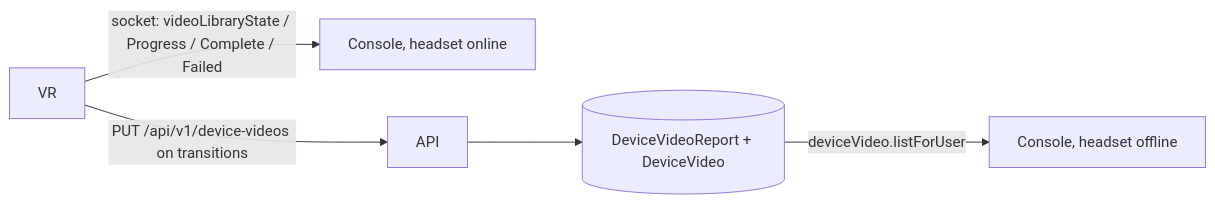
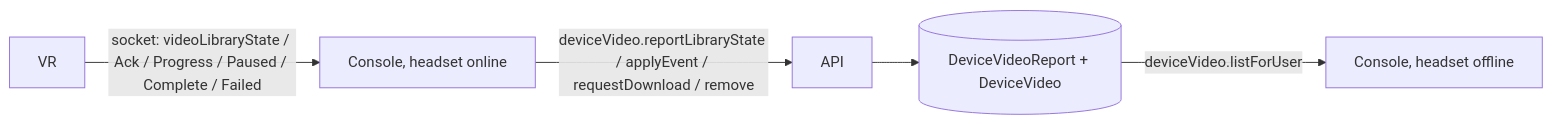
Before and after one commit to Steliospne/virtality-platform: the sixth of 6 diagrams in docs/architecture/immersive-video-lifecycle.md, drawn with Mermaid. The commit also changed other lines of this file and 23 other files, not shown here.

````diff
--- a/docs/architecture/immersive-video-lifecycle.md
+++ b/docs/architecture/immersive-video-lifecycle.md
@@ -211,7 +211,7 @@
 ```mermaid
 flowchart LR
-    VR -- socket: videoLibraryState / Progress / Complete / Failed --> Console[Console, headset online]
-    VR -- PUT /api/v1/device-videos on transitions --> API
+    VR -- socket: videoLibraryState / Ack / Progress / Paused / Complete / Failed --> Console[Console, headset online]
+    Console -- deviceVideo.reportLibraryState / applyEvent / requestDownload / remove --> API
     API --> DB[(DeviceVideoReport + DeviceVideo)]
     DB -- deviceVideo.listForUser --> Console2[Console, headset offline]
 ```
````
